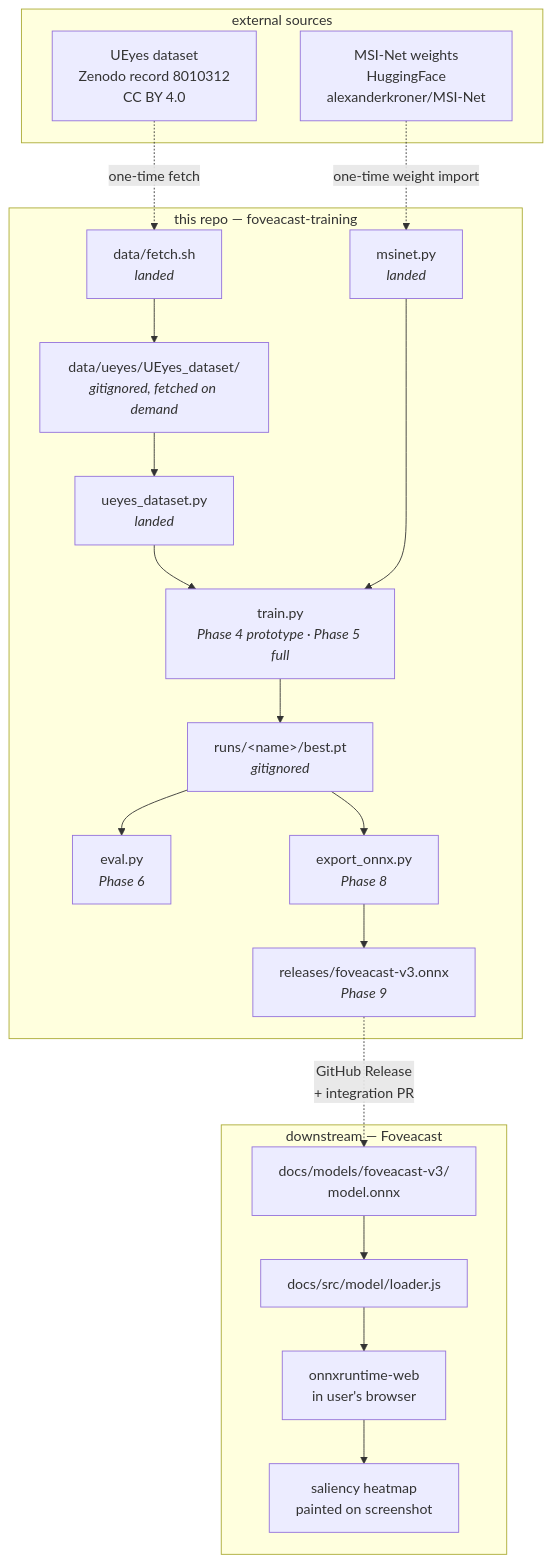
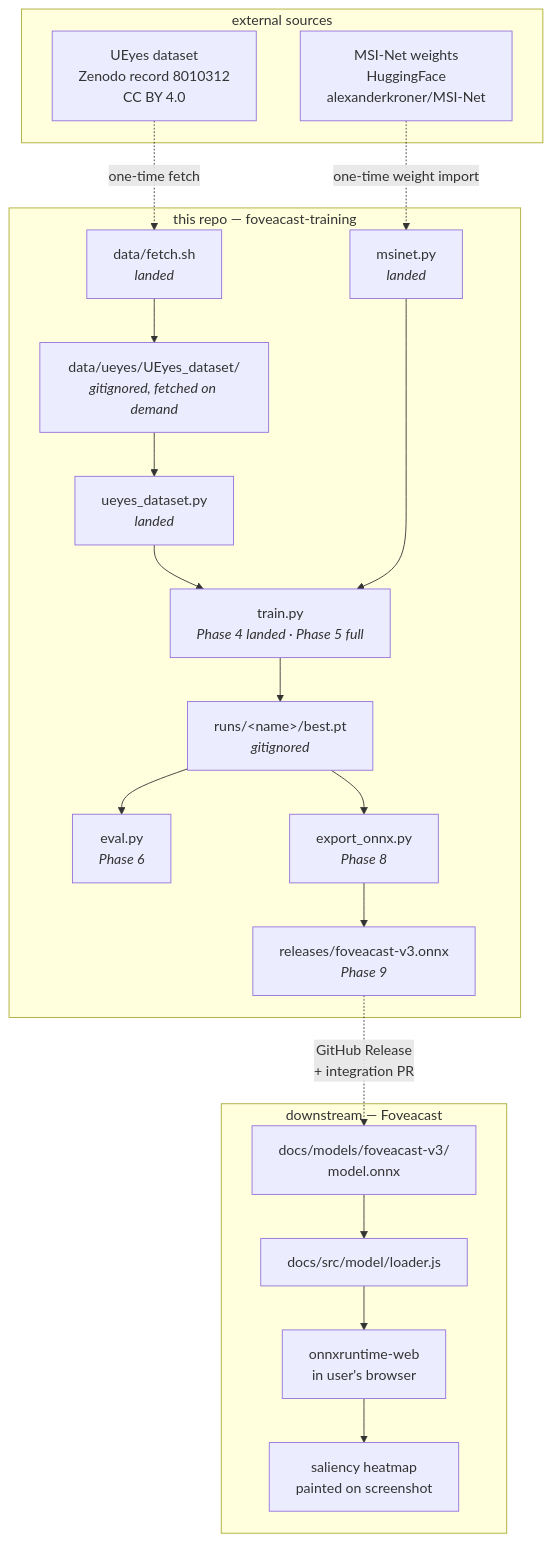
The diagram in ARCHITECTURE.md (khawkins98/foveacast-training), drawn with Mermaid before and after one commit. The commit also changed other lines of this file and 2 other files, not shown here.

First line of the commit message:
docs: close out Phase 4 across the reference files

````diff
--- a/ARCHITECTURE.md
+++ b/ARCHITECTURE.md
@@ -25,41 +25,41 @@
 ```mermaid
 flowchart TD
     subgraph external["external sources"]
         UEYES["UEyes dataset<br/>Zenodo record 8010312<br/>CC BY 4.0"]
         MSINET["MSI-Net weights<br/>HuggingFace<br/>alexanderkroner/MSI-Net"]
     end
 
     subgraph this_repo["this repo — foveacast-training"]
         FETCH["data/fetch.sh<br/><i>landed</i>"]
         DATA["data/ueyes/UEyes_dataset/<br/><i>gitignored, fetched on demand</i>"]
         LOADER["ueyes_dataset.py<br/><i>landed</i>"]
         MODEL["msinet.py<br/><i>landed</i>"]
-        TRAIN["train.py<br/><i>Phase 4 prototype · Phase 5 full</i>"]
+        TRAIN["train.py<br/><i>Phase 4 landed · Phase 5 full</i>"]
         CKPT["runs/&lt;name&gt;/best.pt<br/><i>gitignored</i>"]
         EVAL["eval.py<br/><i>Phase 6</i>"]
         EXPORT["export_onnx.py<br/><i>Phase 8</i>"]
         ARTEFACT["releases/foveacast-v3.onnx<br/><i>Phase 9</i>"]
     end
 
     subgraph foveacast["downstream — Foveacast"]
         ONNX_CONSUMED["docs/models/foveacast-v3/<br/>model.onnx"]
         LOADER_JS["docs/src/model/loader.js"]
         RUNTIME["onnxruntime-web<br/>in user's browser"]
         HEATMAP["saliency heatmap<br/>painted on screenshot"]
     end
 
     UEYES -.one-time fetch.-> FETCH
     FETCH --> DATA
     DATA --> LOADER
     MSINET -.one-time weight import.-> MODEL
     LOADER --> TRAIN
     MODEL --> TRAIN
     TRAIN --> CKPT
     CKPT --> EVAL
     CKPT --> EXPORT
     EXPORT --> ARTEFACT
     ARTEFACT -.GitHub Release<br/>+ integration PR.-> ONNX_CONSUMED
     ONNX_CONSUMED --> LOADER_JS
     LOADER_JS --> RUNTIME
     RUNTIME --> HEATMAP
 ```
````
